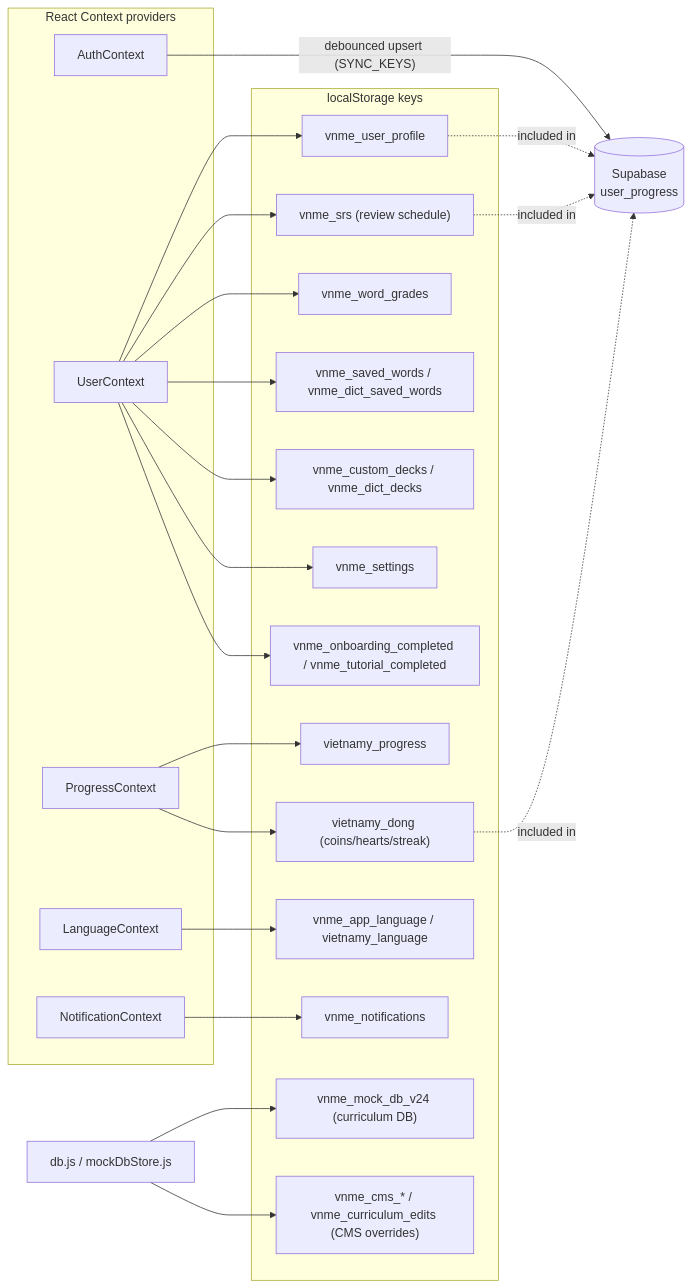
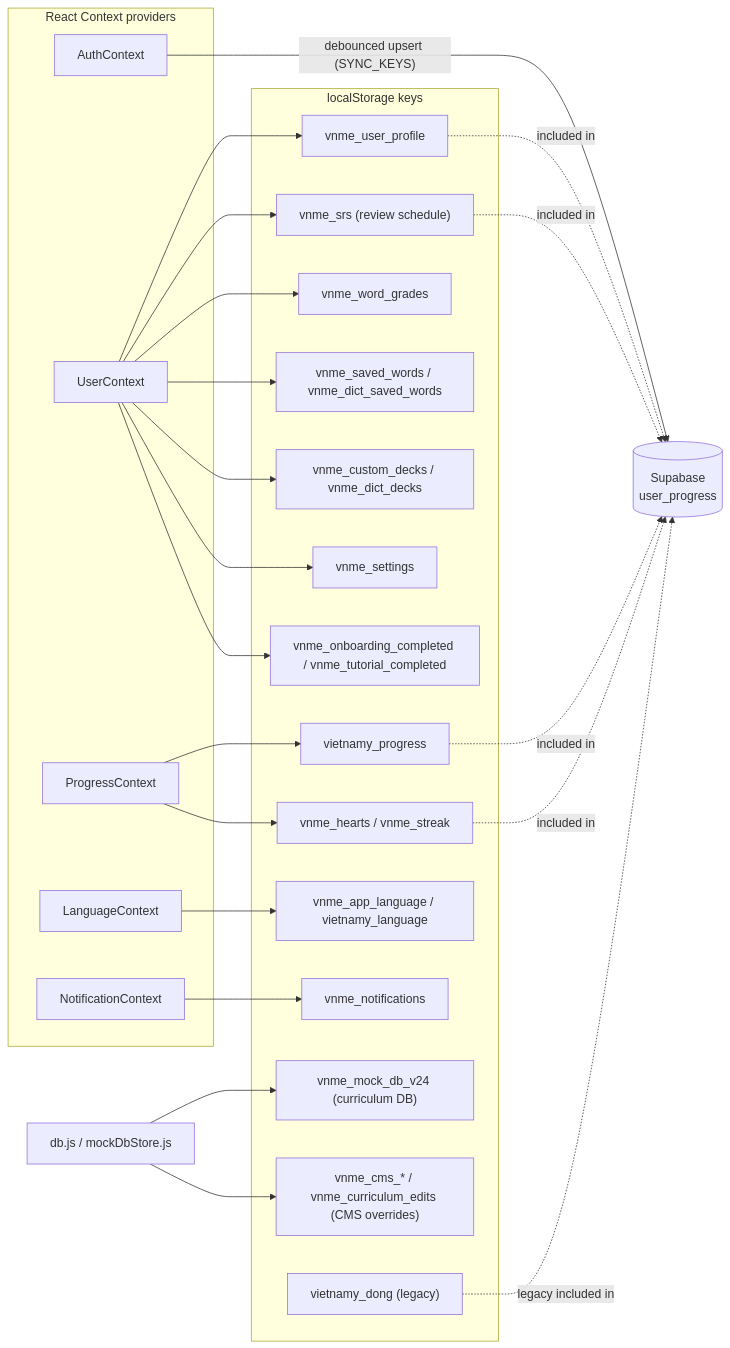
One commit to tecxmate/vietnamy changed the diagram in docs/architecture/03-state-storage.mermaid. Above: the diagram before and after it, drawn with Mermaid. The commit also changed 7 other files, not shown here.

```diff
--- a/docs/architecture/03-state-storage.mermaid
+++ b/docs/architecture/03-state-storage.mermaid
@@ -1,44 +1,47 @@
 flowchart LR
     subgraph Contexts["React Context providers"]
         AU["AuthContext"]
         US["UserContext"]
         PG["ProgressContext"]
         LA["LanguageContext"]
         NO["NotificationContext"]
     end
 
     subgraph Keys["localStorage keys"]
         K1["vnme_user_profile"]
         K2["vietnamy_progress"]
-        K3["vietnamy_dong (coins/hearts/streak)"]
+        K3["vnme_hearts / vnme_streak"]
         K4["vnme_srs (review schedule)"]
         K5["vnme_word_grades"]
         K6["vnme_saved_words / vnme_dict_saved_words"]
         K7["vnme_custom_decks / vnme_dict_decks"]
         K8["vnme_app_language / vietnamy_language"]
         K9["vnme_settings"]
         K10["vnme_onboarding_completed / vnme_tutorial_completed"]
         K11["vnme_notifications"]
         K12["vnme_mock_db_v24 (curriculum DB)"]
         K13["vnme_cms_* / vnme_curriculum_edits (CMS overrides)"]
+        K14["vietnamy_dong (legacy)"]
     end
 
     US --> K1
     PG --> K2
     PG --> K3
     US --> K4
     US --> K5
     US --> K6
     US --> K7
     LA --> K8
     US --> K9
     US --> K10
     NO --> K11
 
     DBJS["db.js / mockDbStore.js"] --> K12
     DBJS --> K13
 
     AU -->|"debounced upsert (SYNC_KEYS)"| CLOUD[("Supabase<br/>user_progress")]
     K1 -.included in.-> CLOUD
+    K2 -.included in.-> CLOUD
     K3 -.included in.-> CLOUD
     K4 -.included in.-> CLOUD
+    K14 -.legacy included in.-> CLOUD
```
